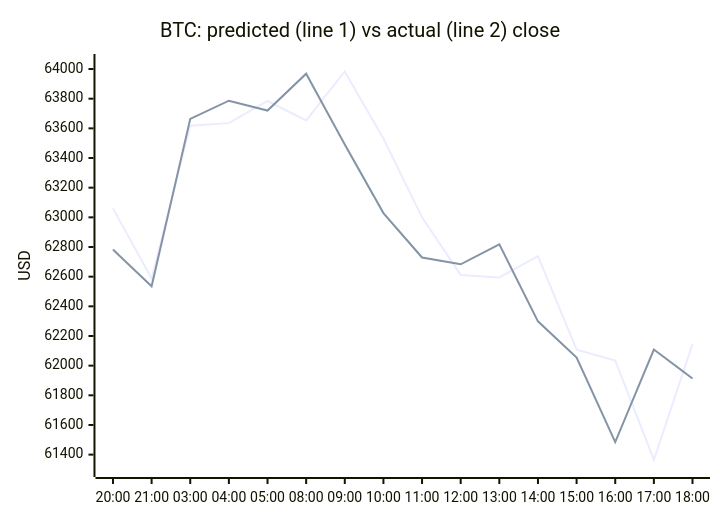
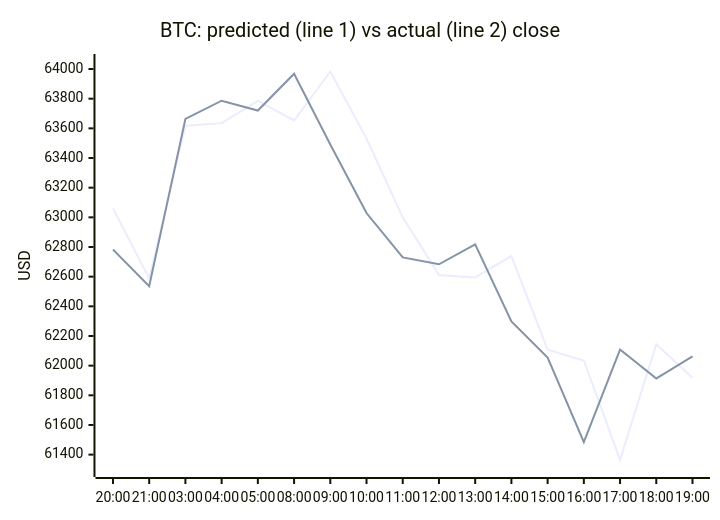
One commit to samuelkreitl-wq/crypto-hourly-forecaster changed the first of 4 diagrams in README.md. Above: the diagram before and after it, drawn with Mermaid. The commit also changed other lines of this file and 14 other files, not shown here.

````diff
--- a/README.md
+++ b/README.md
@@ -38,8 +38,8 @@
 ```mermaid
 xychart-beta
     title "BTC: predicted (line 1) vs actual (line 2) close"
-    x-axis ["20:00", "21:00", "03:00", "04:00", "05:00", "08:00", "09:00", "10:00", "11:00", "12:00", "13:00", "14:00", "15:00", "16:00", "17:00", "18:00"]
+    x-axis ["20:00", "21:00", "03:00", "04:00", "05:00", "08:00", "09:00", "10:00", "11:00", "12:00", "13:00", "14:00", "15:00", "16:00", "17:00", "18:00", "19:00"]
     y-axis "USD" 61303.1351 --> 64047.4023
-    line [63060.3716, 62587.6439, 63617.4254, 63635.2318, 63784.5035, 63653.0941, 63983.4189, 63531.0235, 63000.0108, 62611.7840, 62594.5179, 62738.9417, 62107.3691, 62034.4887, 61364.4996, 62144.4125]
-    line [62782.7000, 62534.9000, 63664.0000, 63786.4000, 63720.2000, 63968.3000, 63491.0000, 63028.9000, 62729.5000, 62683.5000, 62817.6000, 62298.8000, 62055.0000, 61484.9000, 62108.5000, 61913.5000]
+    line [63060.3716, 62587.6439, 63617.4254, 63635.2318, 63784.5035, 63653.0941, 63983.4189, 63531.0235, 63000.0108, 62611.7840, 62594.5179, 62738.9417, 62107.3691, 62034.4887, 61364.4996, 62144.4125, 61917.8839]
+    line [62782.7000, 62534.9000, 63664.0000, 63786.4000, 63720.2000, 63968.3000, 63491.0000, 63028.9000, 62729.5000, 62683.5000, 62817.6000, 62298.8000, 62055.0000, 61484.9000, 62108.5000, 61913.5000, 62062.2000]
 ```
````
